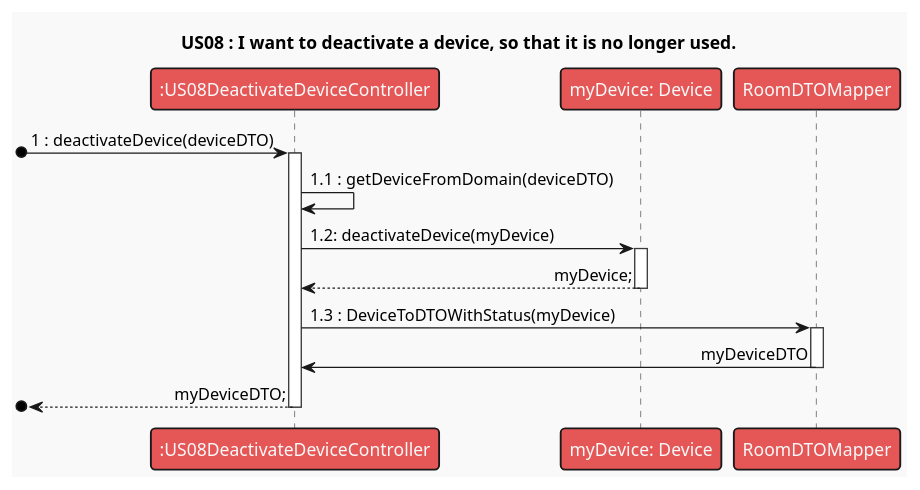
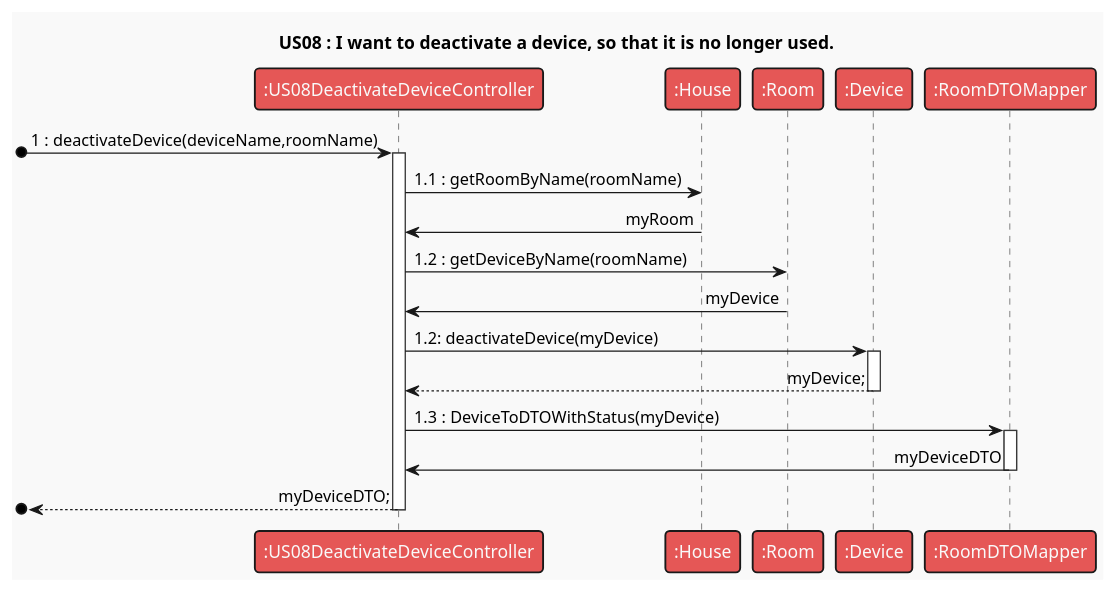
The diagram in src/main/java/pt/ipp/isep/dei/examples/basic/domain/SmartHome/UML/US08v2.puml (RicardoAraujoPT/SmartHome2), drawn with PlantUML before and after one commit. The commit also changed 2 other files, not shown here.

Commit message:
Adopted use of getRoomByName and getDeviceByName in US08 implemented, corrected respective SD and Tests

```diff
--- a/src/main/java/pt/ipp/isep/dei/examples/basic/domain/SmartHome/UML/US08v2.puml
+++ b/src/main/java/pt/ipp/isep/dei/examples/basic/domain/SmartHome/UML/US08v2.puml
@@ -1,15 +1,18 @@
 @startuml
 'https://plantuml.com/sequence-diagram
 
 !theme mars
 skinparam sequenceMessageAlign direction
 
 title US08 : I want to deactivate a device, so that it is no longer used.
-[o-> ":US08DeactivateDeviceController" ++ : 1 : deactivateDevice(deviceDTO)
-":US08DeactivateDeviceController"-> ":US08DeactivateDeviceController" : 1.1 : getDeviceFromDomain(deviceDTO)
-":US08DeactivateDeviceController" -> "myDevice: Device" ++: 1.2: deactivateDevice(myDevice)
-    "myDevice: Device" --> ":US08DeactivateDeviceController" --: myDevice;
-":US08DeactivateDeviceController"-> "RoomDTOMapper" ++ : 1.3 : DeviceToDTOWithStatus(myDevice)
-"RoomDTOMapper"-> ":US08DeactivateDeviceController" -- : myDeviceDTO
+[o-> ":US08DeactivateDeviceController" ++ : 1 : deactivateDevice(deviceName,roomName)
+":US08DeactivateDeviceController"-> ":House" : 1.1 : getRoomByName(roomName)
+":House"-> ":US08DeactivateDeviceController" : myRoom
+":US08DeactivateDeviceController"-> ":Room" : 1.2 : getDeviceByName(roomName)
+":Room"-> ":US08DeactivateDeviceController" : myDevice
+":US08DeactivateDeviceController" -> ":Device" ++: 1.2: deactivateDevice(myDevice)
+":Device" --> ":US08DeactivateDeviceController" --: myDevice;
+":US08DeactivateDeviceController"-> ":RoomDTOMapper" ++ : 1.3 : DeviceToDTOWithStatus(myDevice)
+":RoomDTOMapper"-> ":US08DeactivateDeviceController" -- : myDeviceDTO
 [o<-- ":US08DeactivateDeviceController" --: myDeviceDTO;
 @enduml
```
